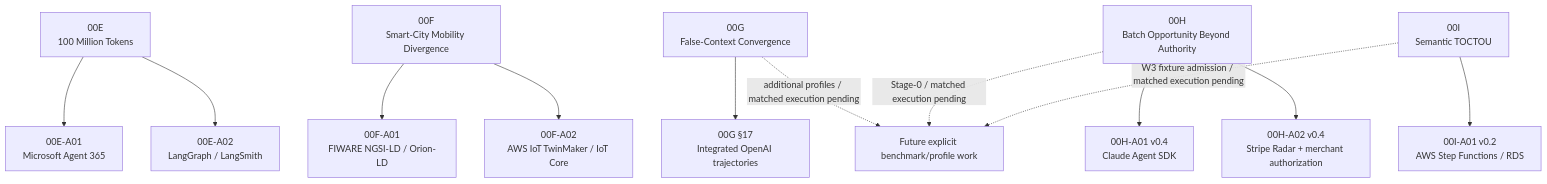
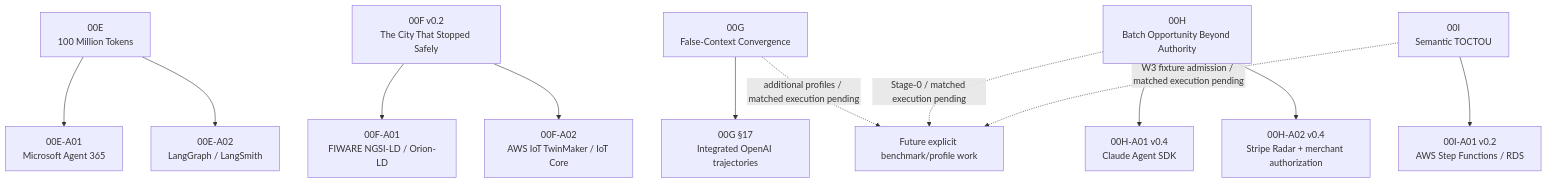
The fifth of 9 diagrams in research/ecosystem-awareness/VISUAL_GUIDE.md (dakleyer/structural-awareness-contributions), drawn with Mermaid before and after one commit. The commit also changed other lines of this file, not shown here.

Commit message:
docs(ea): elevate 00F v0.2 mobility case in visual guide

````diff
--- a/research/ecosystem-awareness/VISUAL_GUIDE.md
+++ b/research/ecosystem-awareness/VISUAL_GUIDE.md
@@ -151,29 +152,29 @@
 ```mermaid
 flowchart TB
     E["00E<br/>100 Million Tokens"]
-    F["00F<br/>Smart-City Mobility Divergence"]
+    F["00F v0.2<br/>The City That Stopped Safely"]
     G["00G<br/>False-Context Convergence"]
     H00["00H<br/>Batch Opportunity Beyond Authority"]
     I00["00I<br/>Semantic TOCTOU"]
     M["00E-A01<br/>Microsoft Agent 365"]
     L["00E-A02<br/>LangGraph / LangSmith"]
     FW["00F-A01<br/>FIWARE NGSI-LD / Orion-LD"]
     AWS["00F-A02<br/>AWS IoT TwinMaker / IoT Core"]
     OAI["00G §17<br/>Integrated OpenAI trajectories"]
     CLAUDE["00H-A01 v0.4<br/>Claude Agent SDK"]
     STRIPE["00H-A02 v0.4<br/>Stripe Radar + merchant authorization"]
     AWSI["00I-A01 v0.2<br/>AWS Step Functions / RDS"]
     FUT["Future explicit benchmark/profile work"]
 
     E --> M
     E --> L
     F --> FW
     F --> AWS
     G --> OAI
     H00 --> CLAUDE
     H00 --> STRIPE
     I00 --> AWSI
     G -. "additional profiles / matched execution pending" .-> FUT
     H00 -. "Stage-0 / matched execution pending" .-> FUT
     I00 -. "W3 fixture admission / matched execution pending" .-> FUT
 ```
````
